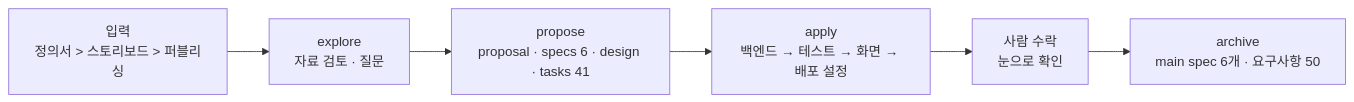
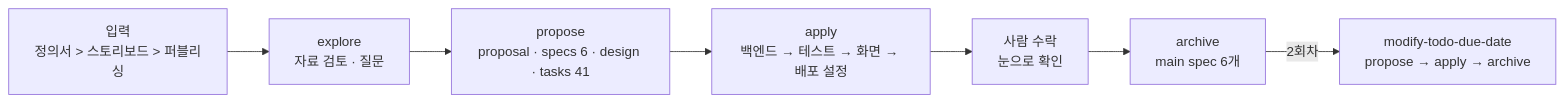
Before and after one commit to BulNim/meetingnote-pro: the tenth of 10 diagrams in README.md, drawn with Mermaid. The commit also changed other lines of this file and 8 other files, not shown here.

````diff
--- a/README.md
+++ b/README.md
@@ -599,8 +634,9 @@
 ```mermaid
 flowchart LR
     I["입력<br/>정의서 > 스토리보드 > 퍼블리싱"] --> X[explore<br/>자료 검토 · 질문]
     X --> P[propose<br/>proposal · specs 6 · design · tasks 41]
     P --> A[apply<br/>백엔드 → 테스트 → 화면 → 배포 설정]
     A --> H[사람 수락<br/>눈으로 확인]
-    H --> R[archive<br/>main spec 6개 · 요구사항 50]
+    H --> R[archive<br/>main spec 6개]
+    R -->|2회차| P2["modify-todo-due-date<br/>propose → apply → archive"]
 ```
````
